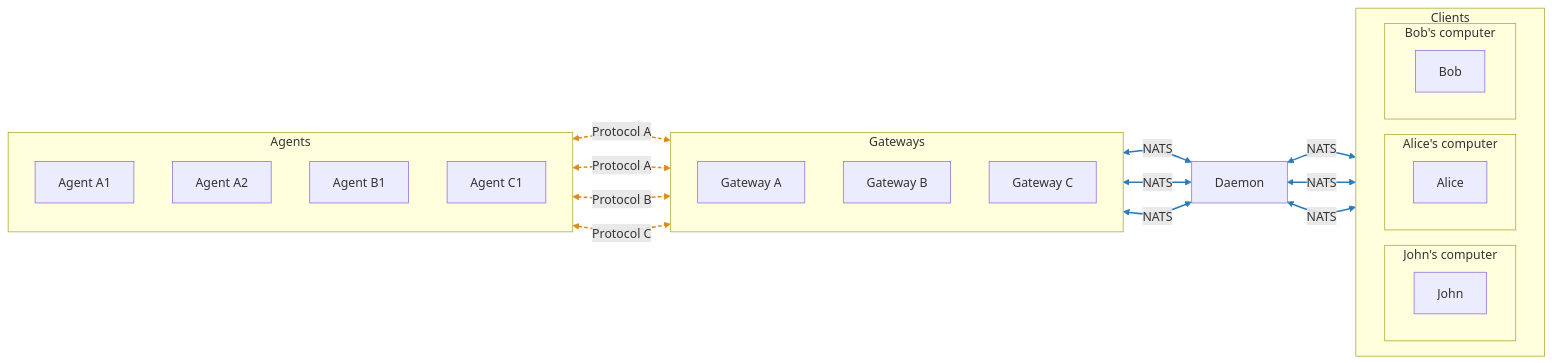
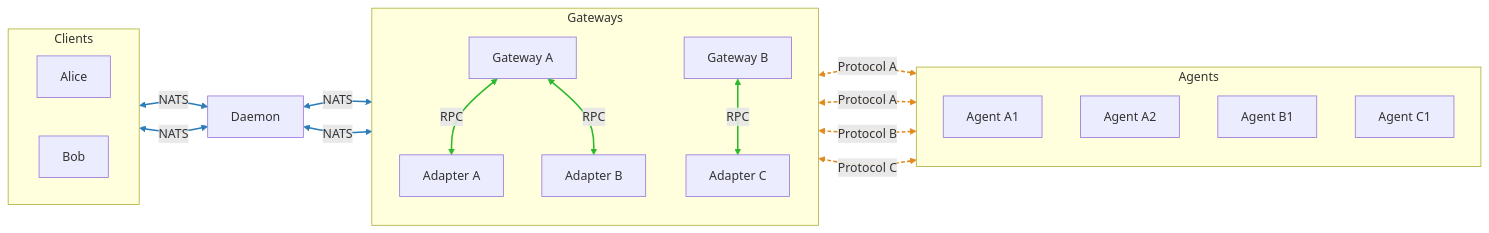
Before and after one commit to fooHQ/foojank: the diagram in README.md, drawn with Mermaid. The commit also changed other lines of this file, not shown here.

````diff
--- a/README.md
+++ b/README.md
@@ -38,50 +19,48 @@
 ```mermaid
-flowchart RL
+flowchart LR
     subgraph CL["Clients"]
         direction RL
-        subgraph PC1["John's computer"]
-            John["John"]
-        end
-        subgraph PC2["Alice's computer"]
-            Alice["Alice"]
-        end
-        subgraph PBob["Bob's computer"]
-            Bob["Bob"]
-        end
+        Alice["Alice"]
+        Bob["Bob"]
     end
 
     Daemon["Daemon"]
 
     subgraph GW["Gateways"]
         direction TB
         GW1["Gateway A"]
+        AD1["Adapter A"]
+        AD2["Adapter B"]
         GW2["Gateway B"]
-        GW3["Gateway C"]
+        AD3["Adapter C"]
     end
 
     subgraph AG["Agents"]
         direction TB
         A1["Agent A1"]
         A2["Agent A2"]
         B1["Agent B1"]
         C1["Agent C1"]
     end
 
     %% NATS-based communication
-    John <-->|NATS| Daemon
     Alice <-->|NATS| Daemon
     Bob <-->|NATS| Daemon
     Daemon <-->|NATS| GW1
     Daemon <-->|NATS| GW2
-    Daemon <-->|NATS| GW3
 
     %% Gateway-specific protocols
-    GW1 <-->|Protocol A| A1
-    GW1 <-->|Protocol A| A2
-    GW2 <-->|Protocol B| B1
-    GW3 <-->|Protocol C| C1
+    GW1 <-->|RPC| AD1
+    GW1 <-->|RPC| AD2
+    GW2 <-->|RPC| AD3
+    
+    AD1 <-->|Protocol A| A1
+    AD1 <-->|Protocol A| A2
+    AD2 <-->|Protocol B| B1
+    AD3 <-->|Protocol C| C1
 
     %% Styling: solid blue = NATS, dashed orange = gateway protocol
-    linkStyle 0,1,2,3,4,5 stroke:#2b7bb9,stroke-width:2px
-    linkStyle 6,7,8,9 stroke:#e08a1e,stroke-width:2px,stroke-dasharray:5 3
+    linkStyle 0,1,2,3 stroke:#2b7bb9,stroke-width:2px
+    linkStyle 4,5,6 stroke:#2BB92B,stroke-width:2px
+    linkStyle 7,8,9,10 stroke:#e08a1e,stroke-width:2px,stroke-dasharray:5 3
 ```
````
